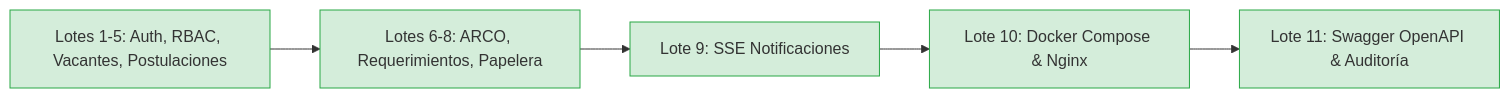
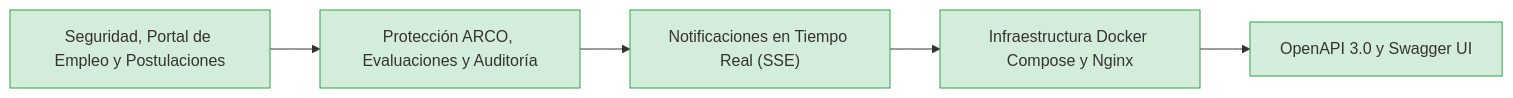
One commit to AngeloPradoM/IntegradorII-DesarrolloWeb-FullStack-GTEL changed the diagram in docs/ESTADO_Y_PROXIMOS_PASOS.md. Above: the diagram before and after it, drawn with Mermaid. The commit also changed other lines of this file and 3 other files, not shown here.

````diff
--- a/docs/ESTADO_Y_PROXIMOS_PASOS.md
+++ b/docs/ESTADO_Y_PROXIMOS_PASOS.md
@@ -13,12 +13,12 @@
 ```mermaid
 flowchart LR
-    L1_5["Lotes 1-5: Auth, RBAC, Vacantes, Postulaciones"] --> L6_8["Lotes 6-8: ARCO, Requerimientos, Papelera"]
-    L6_8 --> L9["Lote 9: SSE Notificaciones"]
-    L9 --> L10["Lote 10: Docker Compose & Nginx"]
-    L10 --> L11["Lote 11: Swagger OpenAPI & Auditoría"]
-    style L1_5 fill:#d4edda,stroke:#28a745
-    style L6_8 fill:#d4edda,stroke:#28a745
-    style L9 fill:#d4edda,stroke:#28a745
-    style L10 fill:#d4edda,stroke:#28a745
-    style L11 fill:#d4edda,stroke:#28a745
+    M1["Seguridad, Portal de Empleo y Postulaciones"] --> M2["Protección ARCO, Evaluaciones y Auditoría"]
+    M2 --> M3["Notificaciones en Tiempo Real (SSE)"]
+    M3 --> M4["Infraestructura Docker Compose y Nginx"]
+    M4 --> M5["OpenAPI 3.0 y Swagger UI"]
+    style M1 fill:#d4edda,stroke:#28a745
+    style M2 fill:#d4edda,stroke:#28a745
+    style M3 fill:#d4edda,stroke:#28a745
+    style M4 fill:#d4edda,stroke:#28a745
+    style M5 fill:#d4edda,stroke:#28a745
 ```
````
